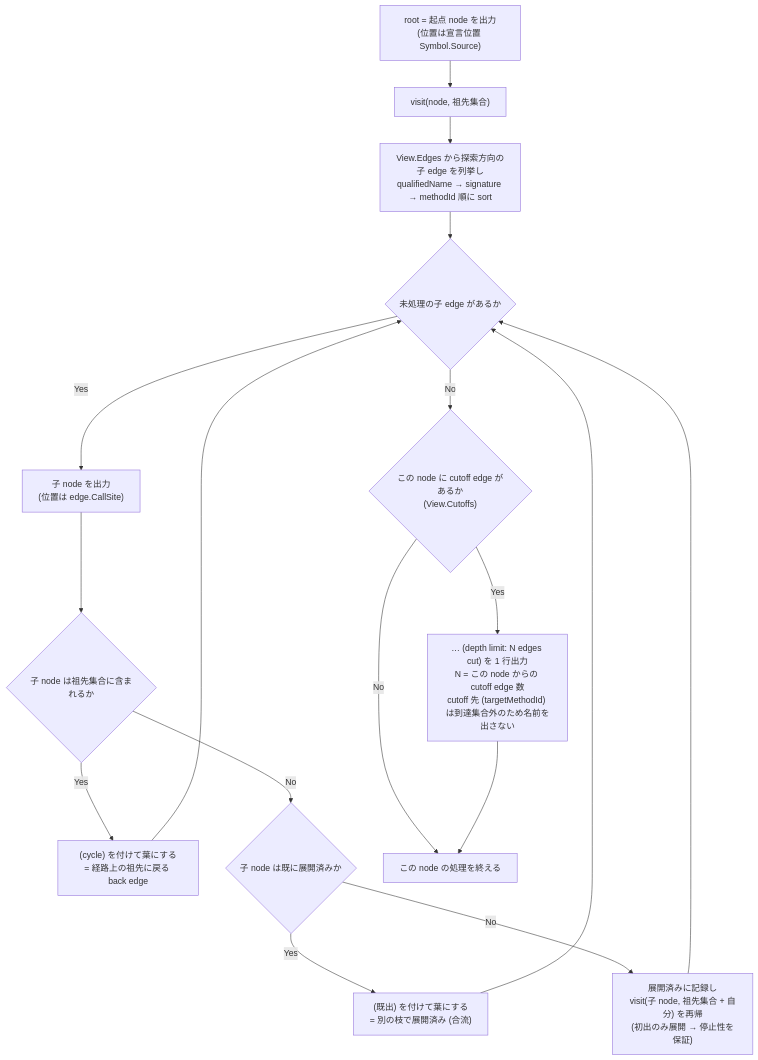
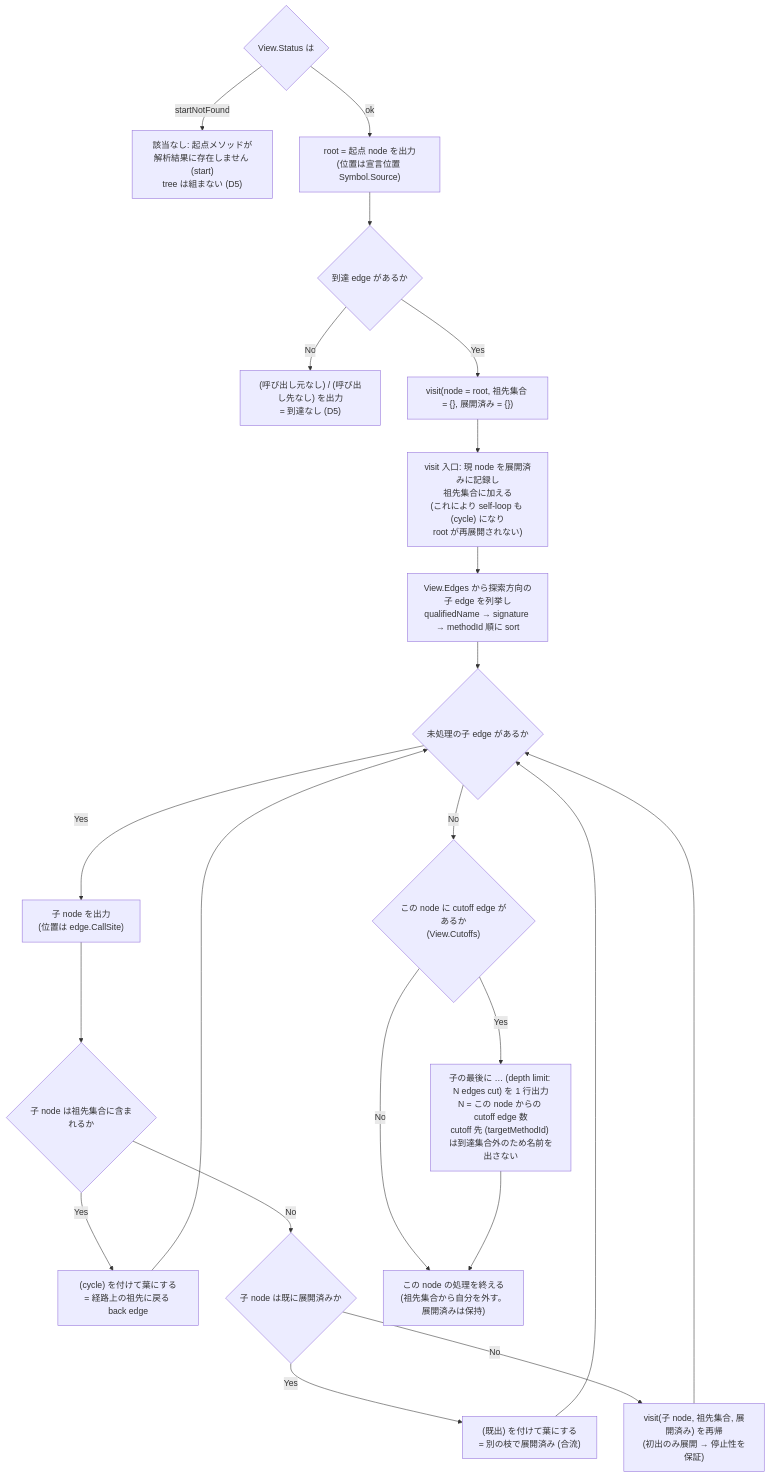
One commit to Fukuemon/depwalk changed the second of 3 diagrams in specs/7-output/index.md. Above: the diagram before and after it, drawn with Mermaid. The commit also changed other lines of this file and 1 other file, not shown here.

Commit message:
docs(spec): diagram gate の指摘に対応し output.Write entry point を追加 #7

````diff
--- a/specs/7-output/index.md
+++ b/specs/7-output/index.md
@@ -606,19 +631,24 @@
 ```mermaid
 flowchart TD
-    A["root = 起点 node を出力<br/>(位置は宣言位置 Symbol.Source)"] --> B["visit(node, 祖先集合)"]
-    B --> C["View.Edges から探索方向の子 edge を列挙し<br/>qualifiedName → signature → methodId 順に sort"]
+    S{"View.Status は"} -- "startNotFound" --> S1["該当なし: 起点メソッドが解析結果に存在しません (start)<br/>tree は組まない (D5)"]
+    S -- "ok" --> A["root = 起点 node を出力<br/>(位置は宣言位置 Symbol.Source)"]
+    A --> A2{"到達 edge があるか"}
+    A2 -- "No" --> A3["(呼び出し元なし) / (呼び出し先なし) を出力<br/>= 到達なし (D5)"]
+    A2 -- "Yes" --> B["visit(node = root, 祖先集合 = {}, 展開済み = {})"]
+    B --> B2["visit 入口: 現 node を展開済みに記録し<br/>祖先集合に加える<br/>(これにより self-loop も (cycle) になり<br/>root が再展開されない)"]
+    B2 --> C["View.Edges から探索方向の子 edge を列挙し<br/>qualifiedName → signature → methodId 順に sort"]
     C --> D{"未処理の子 edge があるか"}
     D -- "Yes" --> E["子 node を出力<br/>(位置は edge.CallSite)"]
     E --> F{"子 node は祖先集合に含まれるか"}
     F -- "Yes" --> G["(cycle) を付けて葉にする<br/>= 経路上の祖先に戻る back edge"]
     F -- "No" --> H{"子 node は既に展開済みか"}
     H -- "Yes" --> I["(既出) を付けて葉にする<br/>= 別の枝で展開済み (合流)"]
-    H -- "No" --> J["展開済みに記録し<br/>visit(子 node, 祖先集合 + 自分) を再帰<br/>(初出のみ展開 → 停止性を保証)"]
+    H -- "No" --> J["visit(子 node, 祖先集合, 展開済み) を再帰<br/>(初出のみ展開 → 停止性を保証)"]
     G --> D
     I --> D
     J --> D
     D -- "No" --> K{"この node に cutoff edge があるか<br/>(View.Cutoffs)"}
-    K -- "Yes" --> L["… (depth limit: N edges cut) を 1 行出力<br/>N = この node からの cutoff edge 数<br/>cutoff 先 (targetMethodId) は到達集合外のため名前を出さない"]
-    K -- "No" --> M["この node の処理を終える"]
+    K -- "Yes" --> L["子の最後に … (depth limit: N edges cut) を 1 行出力<br/>N = この node からの cutoff edge 数<br/>cutoff 先 (targetMethodId) は到達集合外のため名前を出さない"]
+    K -- "No" --> M["この node の処理を終える<br/>(祖先集合から自分を外す。展開済みは保持)"]
     L --> M
 ```
````
